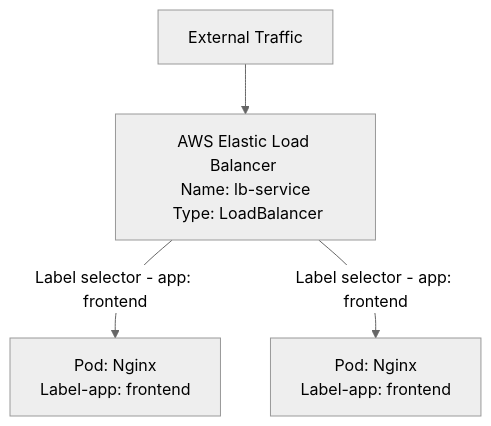
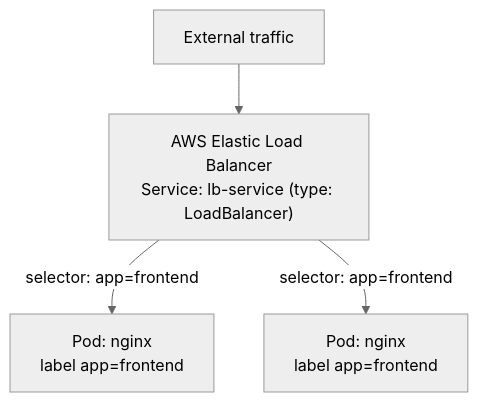
One commit to nirajp82/KubernetesWithAmazon_EKS_Fargate_DevOps changed the second of 2 diagrams in sections/01-kubernetes-basics/10_Services.md. Above: the diagram before and after it, drawn with Mermaid (neutral theme). The commit also changed other lines of this file and 11 other files, not shown here.

````diff
--- a/sections/01-kubernetes-basics/10_Services.md
+++ b/sections/01-kubernetes-basics/10_Services.md
@@ -51,7 +80,6 @@
 ```mermaid
 flowchart TD
-    Traffic[External Traffic] --> ELB[AWS Elastic Load Balancer \n Name: lb-service \n Type: LoadBalancer]
-    ELB -- "Label selector - app: frontend" --> P1[Pod: Nginx \n Label-app: frontend]
-    ELB -- "Label selector - app: frontend" --> P2[Pod: Nginx \n Label-app: frontend]
-
+    Traffic[External traffic] --> ELB["AWS Elastic Load Balancer<br/>Service: lb-service (type: LoadBalancer)"]
+    ELB -- "selector: app=frontend" --> P1["Pod: nginx<br/>label app=frontend"]
+    ELB -- "selector: app=frontend" --> P2["Pod: nginx<br/>label app=frontend"]
 ```
````
